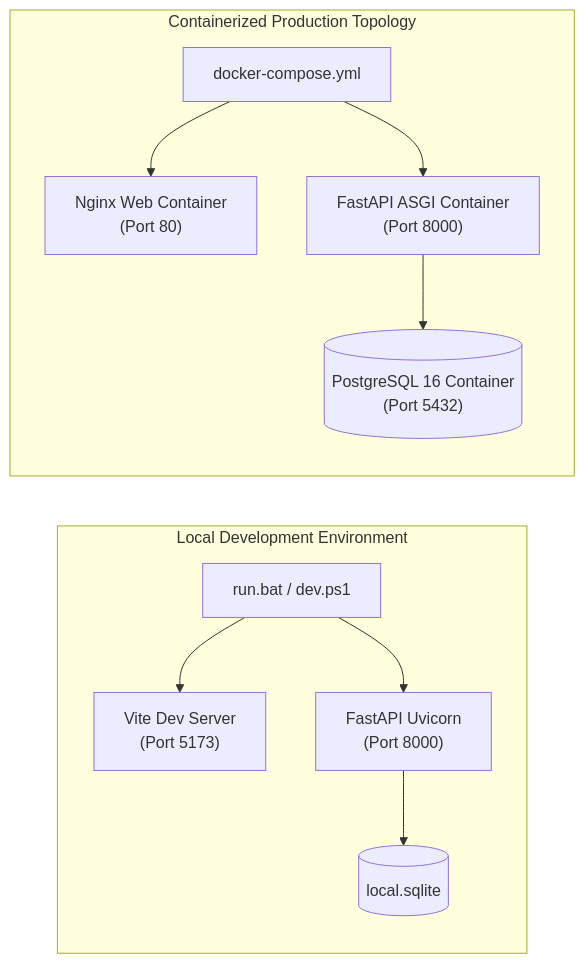
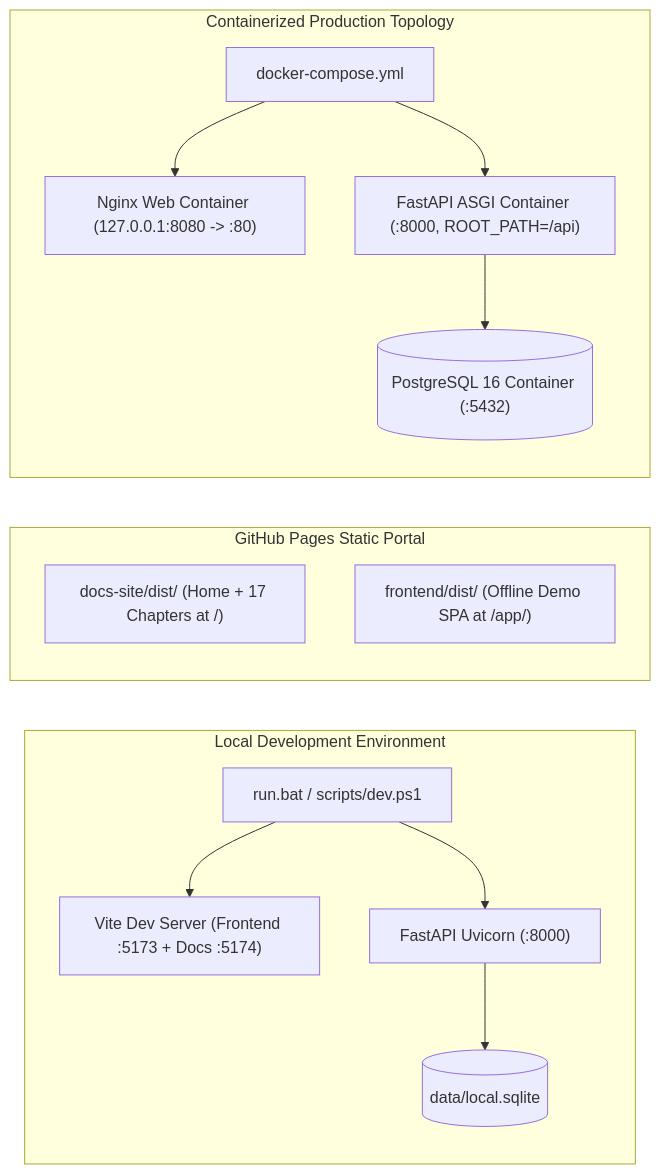
The fourth of 4 diagrams in ARCHITECTURE.md (NguyenTriBaoThang/DecisionPilotAI), drawn with Mermaid before and after one commit. The commit also changed other lines of this file and 67 other files, not shown here.

````diff
--- a/ARCHITECTURE.md
+++ b/ARCHITECTURE.md
@@ -193,24 +196,29 @@
 ```mermaid
 flowchart LR
     subgraph LocalDev["Local Development Environment"]
-        Batch["run.bat / dev.ps1"]
-        ViteDev["Vite Dev Server<br/>(Port 5173)"]
-        UvicornDev["FastAPI Uvicorn<br/>(Port 8000)"]
-        SQLiteFile[("local.sqlite")]
+        Batch["run.bat / scripts/dev.ps1"]
+        ViteDev["Vite Dev Server (Frontend :5173 + Docs :5174)"]
+        UvicornDev["FastAPI Uvicorn (:8000)"]
+        SQLiteFile[("data/local.sqlite")]
+    end
+
+    subgraph PagesDeploy["GitHub Pages Static Portal"]
+        DocsPages["docs-site/dist/ (Home + 17 Chapters at /)"]
+        AppPages["frontend/dist/ (Offline Demo SPA at /app/)"]
     end
 
     subgraph ProductionDeploy["Containerized Production Topology"]
         DockerCompose["docker-compose.yml"]
-        FrontendContainer["Nginx Web Container<br/>(Port 80)"]
-        BackendContainer["FastAPI ASGI Container<br/>(Port 8000)"]
-        PostgresContainer[("PostgreSQL 16 Container<br/>(Port 5432)")]
+        FrontendContainer["Nginx Web Container (127.0.0.1:8080 -> :80)"]
+        BackendContainer["FastAPI ASGI Container (:8000, ROOT_PATH=/api)"]
+        PostgresContainer[("PostgreSQL 16 Container (:5432)")]
     end
 
     Batch --> ViteDev
     Batch --> UvicornDev
     UvicornDev --> SQLiteFile
 
     DockerCompose --> FrontendContainer
     DockerCompose --> BackendContainer
     BackendContainer --> PostgresContainer
 ```
````
